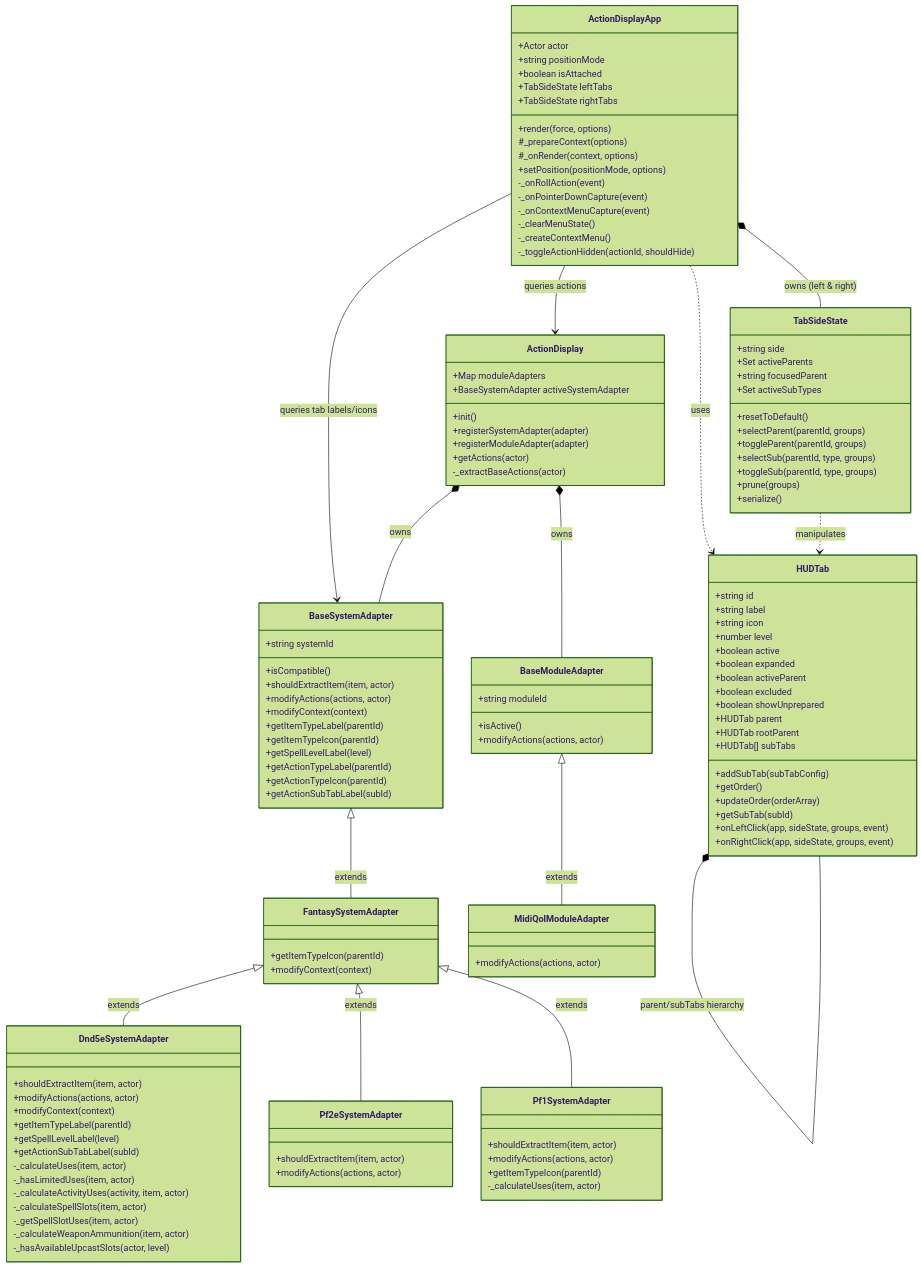
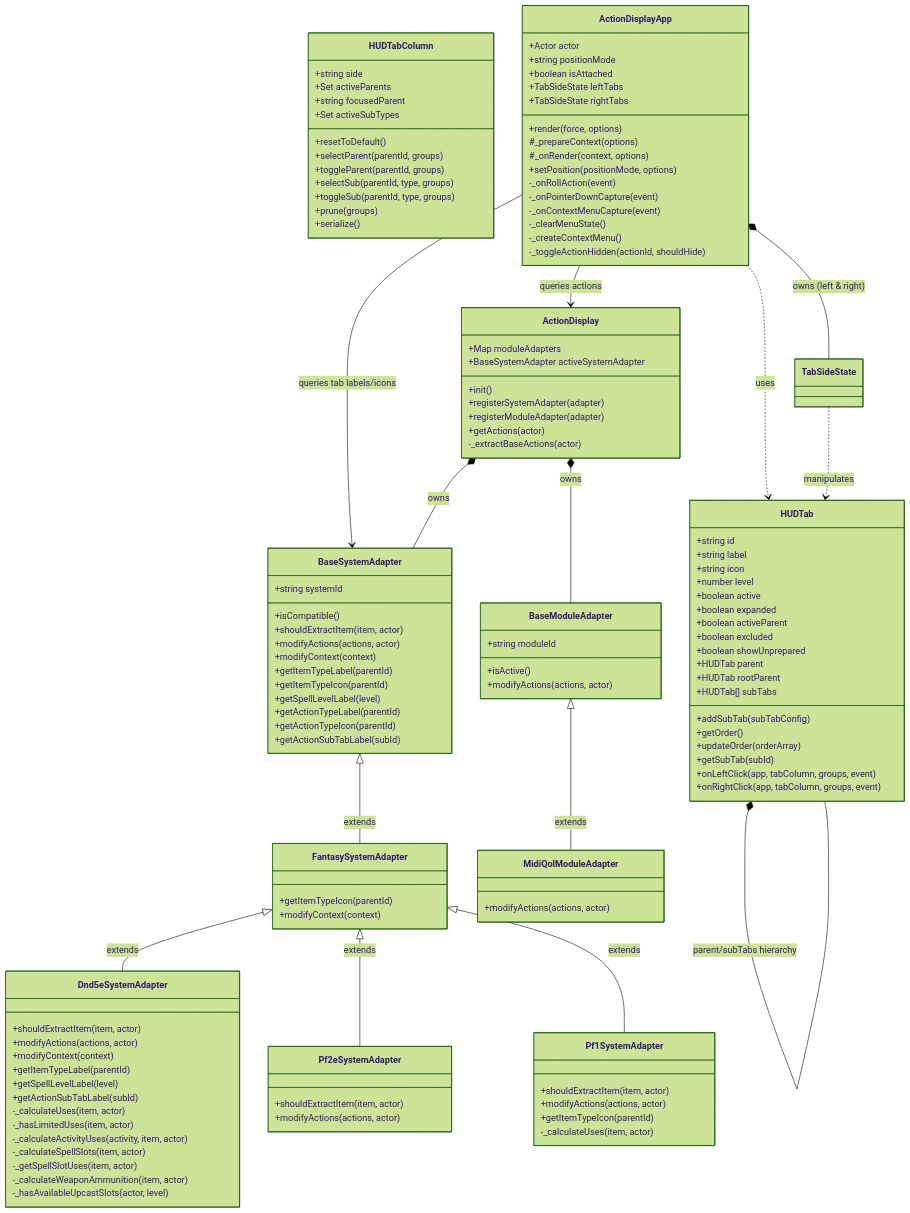
One commit to aljames-arctic/bakana-action-display changed the first of 2 diagrams in docs/architecture_guide.md. Above: the diagram before and after it, drawn with Mermaid (forest theme). The commit also changed other lines of this file and 4 other files, not shown here.

Commit message:
refactor(ui): rename TabSideState to HUDTabColumn and sideState parameter to tabColumn

```diff
--- a/docs/architecture_guide.md
+++ b/docs/architecture_guide.md
@@ -162,11 +162,11 @@
         +getOrder()
         +updateOrder(orderArray)
         +getSubTab(subId)
-        +onLeftClick(app, sideState, groups, event)
-        +onRightClick(app, sideState, groups, event)
+        +onLeftClick(app, tabColumn, groups, event)
+        +onRightClick(app, tabColumn, groups, event)
     }
 
-    class TabSideState {
+    class HUDTabColumn {
         +string side
         +Set activeParents
         +string focusedParent
```
